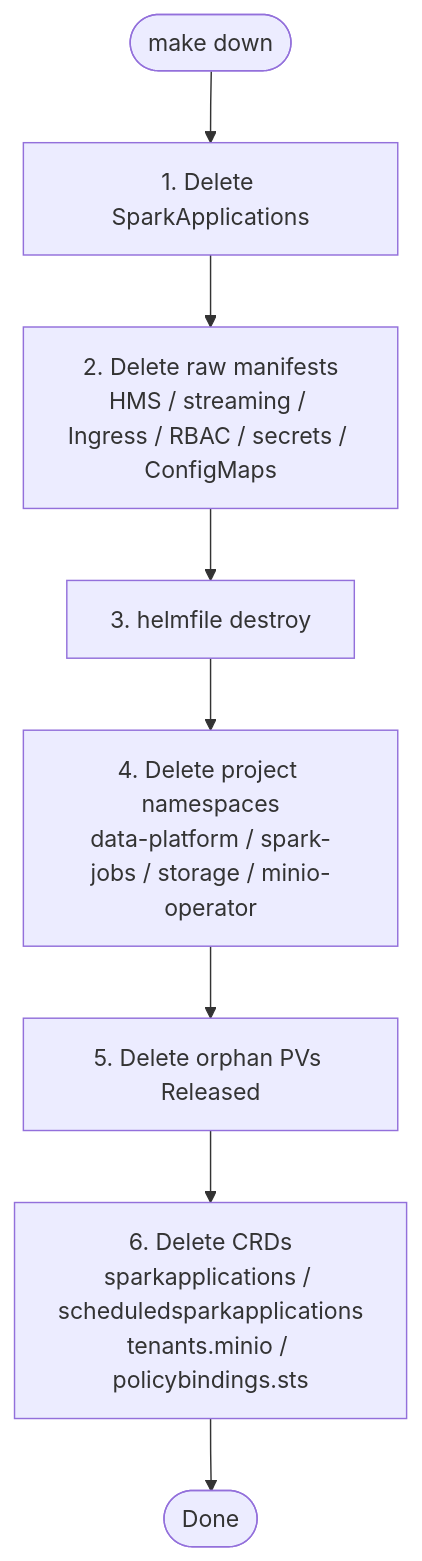
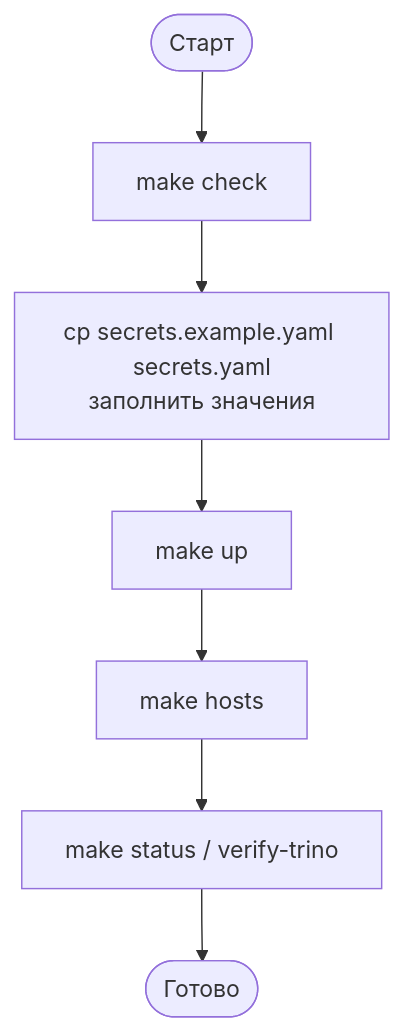
The second of 2 diagrams in docs/03-deployment-guide.md (Alexey-Samodurov/newprolab-de-lab08), drawn with Mermaid before and after one commit. The commit also changed other lines of this file and 2 other files, not shown here.

````diff
--- a/docs/03-deployment-guide.md
+++ b/docs/03-deployment-guide.md
@@ -324,10 +147,9 @@
 ```mermaid
 flowchart TD
-  A([make down]) --> B[1. Delete SparkApplications]
-  B --> C[2. Delete raw manifests<br/>HMS / streaming / Ingress / RBAC / secrets / ConfigMaps]
-  C --> D[3. helmfile destroy]
-  D --> E[4. Delete project namespaces<br/>data-platform / spark-jobs / storage / minio-operator]
-  E --> F[5. Delete orphan PVs Released]
-  F --> G[6. Delete CRDs<br/>sparkapplications / scheduledsparkapplications<br/>tenants.minio / policybindings.sts]
-  G --> Z([Done])
+    A([Старт]) --> B[make check]
+    B --> C[cp secrets.example.yaml secrets.yaml<br/>заполнить значения]
+    C --> D[make up]
+    D --> E[make hosts]
+    E --> F[make status / verify-trino]
+    F --> G([Готово])
 ```
````
